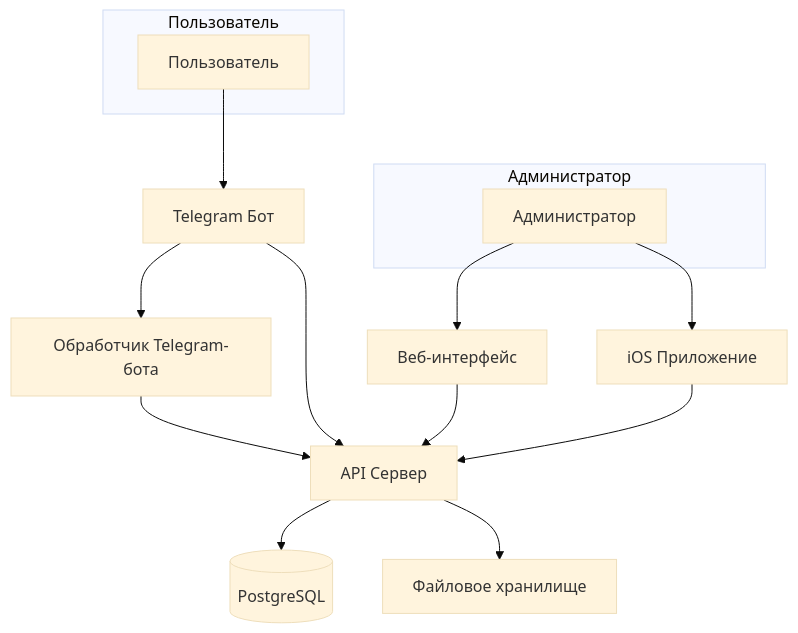
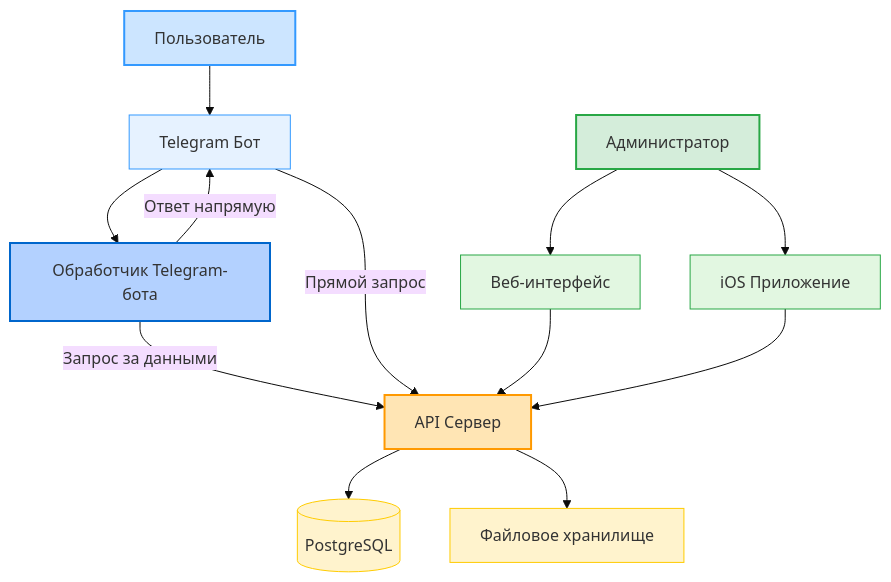
One commit to mbutakov/SupportSIteFrontFor1d changed the diagram in README.md. Above: the diagram before and after it, drawn with Mermaid (base theme).

````diff
--- a/README.md
+++ b/README.md
@@ -74,24 +74,29 @@
 ```mermaid
 graph TD
-    subgraph Пользователь
-        U[Пользователь]
-    end
+    %% Пользовательская ветка
+    U[Пользователь]:::user --> B[Telegram Бот]:::telegram
+    B --> G[Обработчик Telegram-бота]:::botlogic
+    G -- Ответ напрямую --> B
+    G -- Запрос за данными --> D[API Сервер]:::api
+    B -- Прямой запрос --> D
 
-    subgraph Администратор
-        A1[Администратор]
-    end
-
-    U --> B[Telegram Бот]
-    A1 --> A[Веб-интерфейс]
-    A1 --> C[iOS Приложение]
-
-    B --> G[Обработчик Telegram-бота]
-    G --> D[API Сервер]
-    B --> D
-
+    %% Администраторская ветка
+    A1[Администратор]:::admin --> A[Веб-интерфейс]:::frontend
+    A1 --> C[iOS Приложение]:::frontend
     A --> D
     C --> D
 
-    D --> E[(PostgreSQL)]
-    D --> F[Файловое хранилище]
+    %% API взаимодействия
+    D --> E[(PostgreSQL)]:::storage
+    D --> F[Файловое хранилище]:::storage
+
+    %% Стили
+    classDef user fill:#cce5ff,stroke:#3399ff,stroke-width:2px;
+    classDef telegram fill:#e6f2ff,stroke:#3399ff;
+    classDef botlogic fill:#b3d1ff,stroke:#0066cc,stroke-width:2px;
+    classDef admin fill:#d4edda,stroke:#28a745,stroke-width:2px;
+    classDef frontend fill:#e2f7e1,stroke:#28a745;
+    classDef api fill:#ffe5b4,stroke:#ff9900,stroke-width:2px;
+    classDef storage fill:#fff3cd,stroke:#ffcc00;
+
 ```
````
